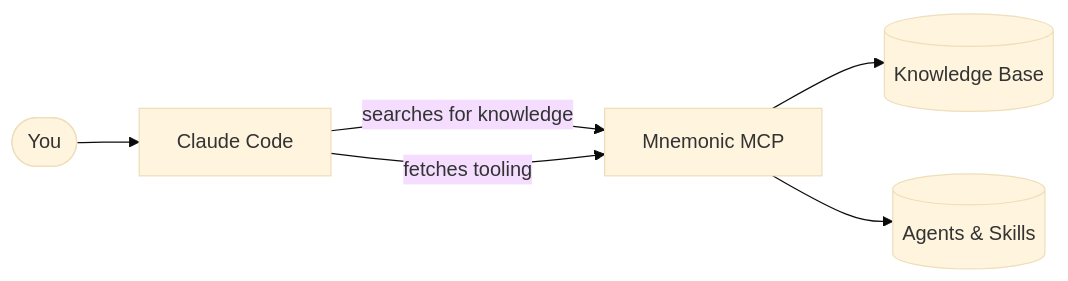
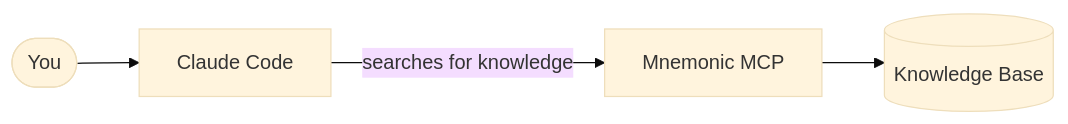
The first of 2 diagrams in docs/mnemonic-concept.md (twistingmercury/mnemonic-mcp), drawn with Mermaid (base theme) before and after one commit. The commit also changed other lines of this file and 49 other files, not shown here.

````diff
--- a/docs/mnemonic-concept.md
+++ b/docs/mnemonic-concept.md
@@ -52,8 +52,6 @@
 ```mermaid
 graph LR
     User([You]) --> CC[Claude Code]
     CC -->|searches for knowledge| MCP[Mnemonic MCP]
     MCP --> KB[(Knowledge Base)]
-    CC -->|fetches tooling| MCP
-    MCP --> Tools[(Agents & Skills)]
 ```
````
